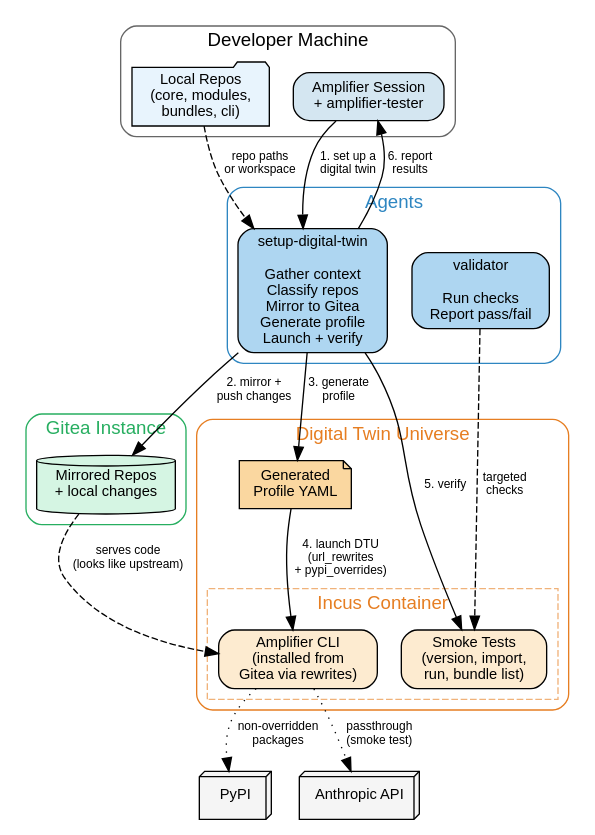
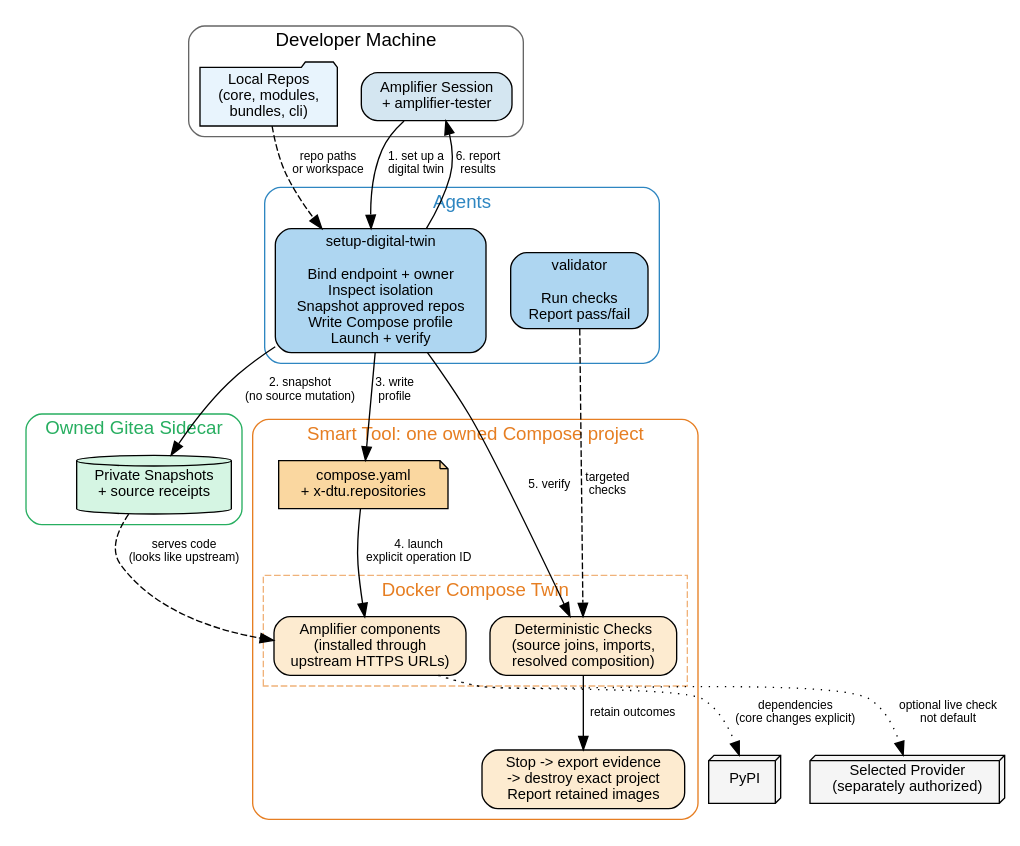
One commit to microsoft/amplifier-bundle-amplifier-tester changed the diagram in docs/amplifier-tester-architecture.dot. Above: the diagram before and after it, drawn with Graphviz. The commit also changed 21 other files, not shown here.

First line of the commit message:
Migrate ordinary tester workflows to the Docker Compose Smart Tool (#23)

```diff
--- a/docs/amplifier-tester-architecture.dot
+++ b/docs/amplifier-tester-architecture.dot
@@ -1,78 +1,80 @@
 digraph amplifier_tester {
     rankdir=TB
     compound=true
     fontname="Helvetica"
     node [fontname="Helvetica" fontsize=11]
     edge [fontname="Helvetica" fontsize=9]
 
     // --- Developer side ---
     subgraph cluster_developer {
         label="Developer Machine"
         style=rounded
         color="#666666"
 
         local_repos [label="Local Repos\n(core, modules,\nbundles, cli)" shape=folder fillcolor="#E8F4FD" style=filled]
         amplifier_session [label="Amplifier Session\n+ amplifier-tester" shape=box fillcolor="#D4E6F1" style="filled,rounded"]
     }
 
     // --- Agents ---
     subgraph cluster_agents {
         label="Agents"
         style=rounded
         color="#2E86C1"
         fontcolor="#2E86C1"
 
-        setup_digital_twin [label="setup-digital-twin\n\nGather context\nClassify repos\nMirror to Gitea\nGenerate profile\nLaunch + verify" shape=box fillcolor="#AED6F1" style="filled,rounded"]
+        setup_digital_twin [label="setup-digital-twin\n\nBind endpoint + owner\nInspect isolation\nSnapshot approved repos\nWrite Compose profile\nLaunch + verify" shape=box fillcolor="#AED6F1" style="filled,rounded"]
         ecosystem_validator [label="validator\n\nRun checks\nReport pass/fail" shape=box fillcolor="#AED6F1" style="filled,rounded"]
     }
 
     // --- Gitea ---
     subgraph cluster_gitea {
-        label="Gitea Instance"
+        label="Owned Gitea Sidecar"
         style=rounded
         color="#27AE60"
         fontcolor="#27AE60"
 
-        gitea_repos [label="Mirrored Repos\n+ local changes" shape=cylinder fillcolor="#D5F5E3" style=filled]
+        gitea_repos [label="Private Snapshots\n+ source receipts" shape=cylinder fillcolor="#D5F5E3" style=filled]
     }
 
     // --- DTU ---
     subgraph cluster_dtu {
-        label="Digital Twin Universe"
+        label="Smart Tool: one owned Compose project"
         style=rounded
         color="#E67E22"
         fontcolor="#E67E22"
 
         subgraph cluster_dtu_inside {
-            label="Incus Container"
+            label="Docker Compose Twin"
             style=dashed
             color="#F0B27A"
 
-            amplifier_install [label="Amplifier CLI\n(installed from\nGitea via rewrites)" shape=box fillcolor="#FDEBD0" style="filled,rounded"]
-            smoke_test [label="Smoke Tests\n(version, import,\nrun, bundle list)" shape=box fillcolor="#FDEBD0" style="filled,rounded"]
+            amplifier_install [label="Amplifier components\n(installed through\nupstream HTTPS URLs)" shape=box fillcolor="#FDEBD0" style="filled,rounded"]
+            smoke_test [label="Deterministic Checks\n(source joins, imports,\nresolved composition)" shape=box fillcolor="#FDEBD0" style="filled,rounded"]
         }
 
-        dtu_profile [label="Generated\nProfile YAML" shape=note fillcolor="#FAD7A0" style=filled]
+        dtu_profile [label="compose.yaml\n+ x-dtu.repositories" shape=note fillcolor="#FAD7A0" style=filled]
+        teardown [label="Stop -> export evidence\n-> destroy exact project\nReport retained images" shape=box fillcolor="#FDEBD0" style="filled,rounded"]
     }
 
     // --- Edges ---
     amplifier_session -> setup_digital_twin [label="1. set up a\ndigital twin"]
     local_repos -> setup_digital_twin [label="repo paths\nor workspace" style=dashed]
 
-    setup_digital_twin -> gitea_repos [label="2. mirror +\npush changes"]
-    setup_digital_twin -> dtu_profile [label="3. generate\nprofile"]
-    dtu_profile -> amplifier_install [label="4. launch DTU\n(url_rewrites\n+ pypi_overrides)"]
+    setup_digital_twin -> gitea_repos [label="2. snapshot\n(no source mutation)"]
+    setup_digital_twin -> dtu_profile [label="3. write\nprofile"]
+    dtu_profile -> amplifier_install [label="4. launch\nexplicit operation ID"]
     gitea_repos -> amplifier_install [label="serves code\n(looks like upstream)" style=dashed]
 
     setup_digital_twin -> smoke_test [label="5. verify"]
     setup_digital_twin -> amplifier_session [label="6. report\nresults"]
 
     ecosystem_validator -> smoke_test [label="targeted\nchecks" style=dashed]
+    smoke_test -> teardown [label="retain outcomes"]
 
     // --- External ---
     pypi [label="PyPI" shape=box3d fillcolor="#F5F5F5" style=filled]
-    anthropic [label="Anthropic API" shape=box3d fillcolor="#F5F5F5" style=filled]
+    provider [label="Selected Provider\n(separately authorized)" shape=box3d fillcolor="#F5F5F5" style=filled]
 
-    amplifier_install -> pypi [label="non-overridden\npackages" style=dotted]
-    amplifier_install -> anthropic [label="passthrough\n(smoke test)" style=dotted]
+    amplifier_install -> pypi [label="dependencies\n(core changes explicit)" style=dotted]
+    amplifier_install -> provider [label="optional live check\nnot default" style=dotted]
 }
```
